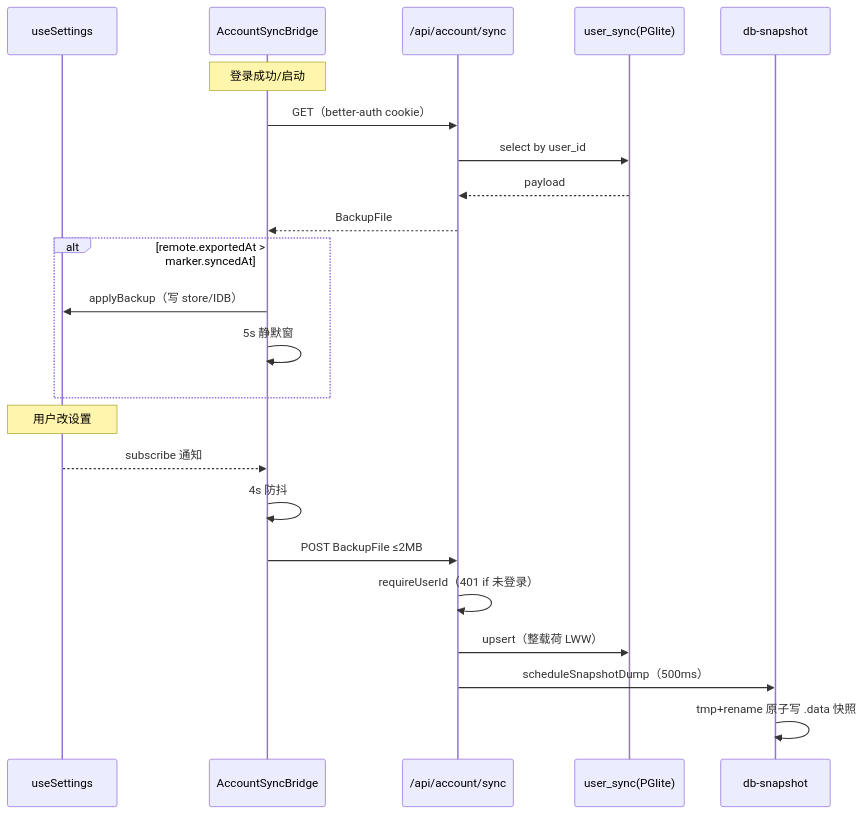
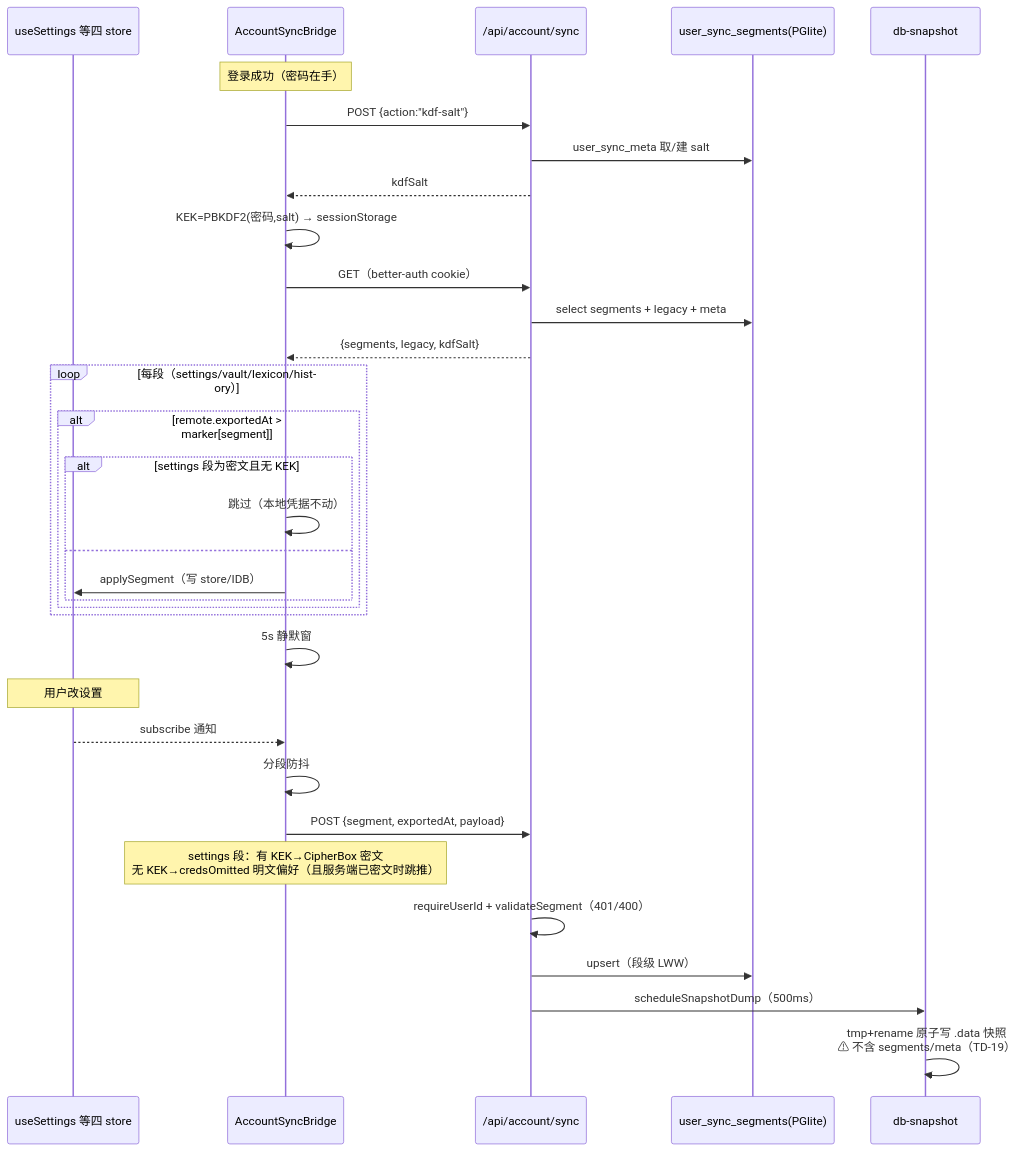
One commit to Atsukiizumi/Kami-paperbox changed the fourth of 4 diagrams in docs/diagrams/时序图.md. Above: the diagram before and after it, drawn with Mermaid. The commit also changed other lines of this file and 178 other files, not shown here.

Commit message:
docs: 2026-09-11 全量复核回写 docs/00-17 + diagrams（TD 清单、安全、性能、路线口径统一）

````diff
--- a/docs/diagrams/时序图.md
+++ b/docs/diagrams/时序图.md
@@ -112,26 +116,36 @@
 ```mermaid
 sequenceDiagram
-    participant U as useSettings
+    participant U as useSettings 等四 store
     participant BR as AccountSyncBridge
     participant SY as /api/account/sync
-    participant DB as user_sync(PGlite)
+    participant DB as user_sync_segments(PGlite)
     participant SN as db-snapshot
 
-    Note over BR: 登录成功/启动
+    Note over BR: 登录成功（密码在手）
+    BR->>SY: POST {action:"kdf-salt"}
+    SY->>DB: user_sync_meta 取/建 salt
+    SY-->>BR: kdfSalt
+    BR->>BR: KEK=PBKDF2(密码,salt) → sessionStorage
     BR->>SY: GET（better-auth cookie）
-    SY->>DB: select by user_id
-    DB-->>SY: payload
-    SY-->>BR: BackupFile
-    alt remote.exportedAt > marker.syncedAt
-        BR->>U: applyBackup（写 store/IDB）
-        BR->>BR: 5s 静默窗
+    SY->>DB: select segments + legacy + meta
+    SY-->>BR: {segments, legacy, kdfSalt}
+    loop 每段（settings/vault/lexicon/history）
+        alt remote.exportedAt > marker[segment]
+            alt settings 段为密文且无 KEK
+                BR->>BR: 跳过（本地凭据不动）
+            else
+                BR->>U: applySegment（写 store/IDB）
+            end
+        end
     end
+    BR->>BR: 5s 静默窗
     Note over U: 用户改设置
     U-->>BR: subscribe 通知
-    BR->>BR: 4s 防抖
-    BR->>SY: POST BackupFile ≤2MB
-    SY->>SY: requireUserId（401 if 未登录）
-    SY->>DB: upsert（整载荷 LWW）
+    BR->>BR: 分段防抖
+    BR->>SY: POST {segment, exportedAt, payload}
+    Note over BR: settings 段：有 KEK→CipherBox 密文<br/>无 KEK→credsOmitted 明文偏好（且服务端已密文时跳推）
+    SY->>SY: requireUserId + validateSegment（401/400）
+    SY->>DB: upsert（段级 LWW）
     SY->>SN: scheduleSnapshotDump（500ms）
-    SN->>SN: tmp+rename 原子写 .data 快照
+    SN->>SN: tmp+rename 原子写 .data 快照<br/>⚠ 不含 segments/meta（TD-19）
 ```
````
